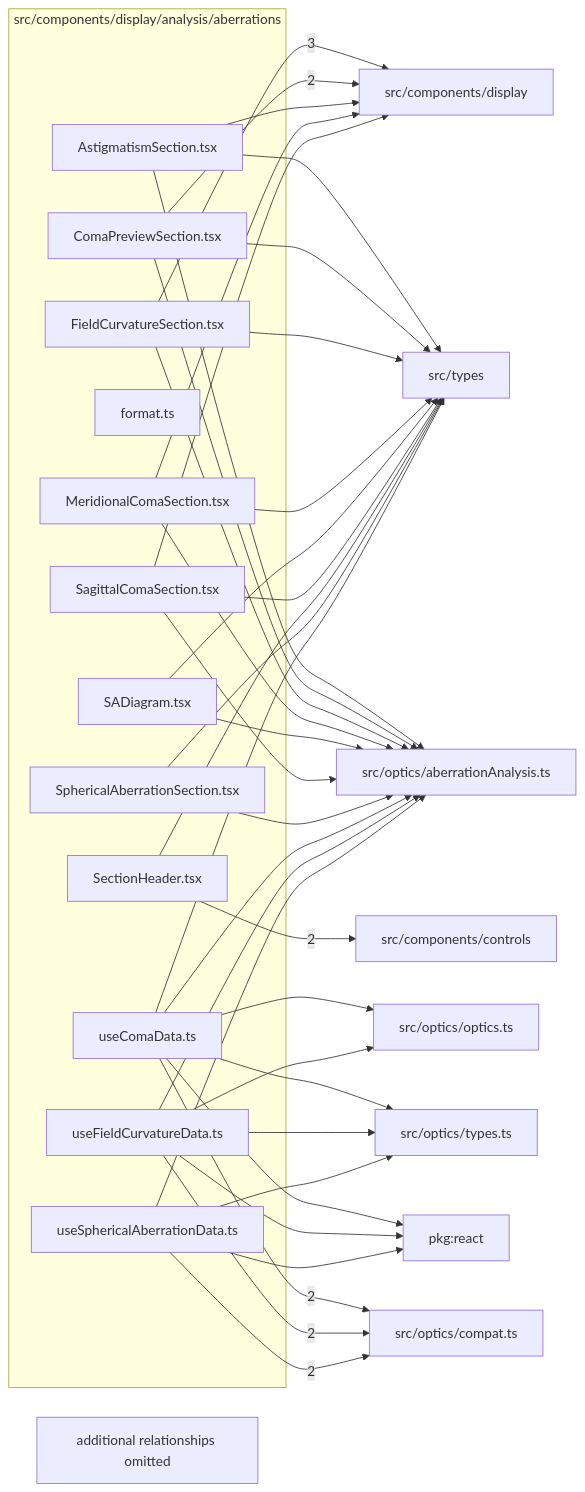
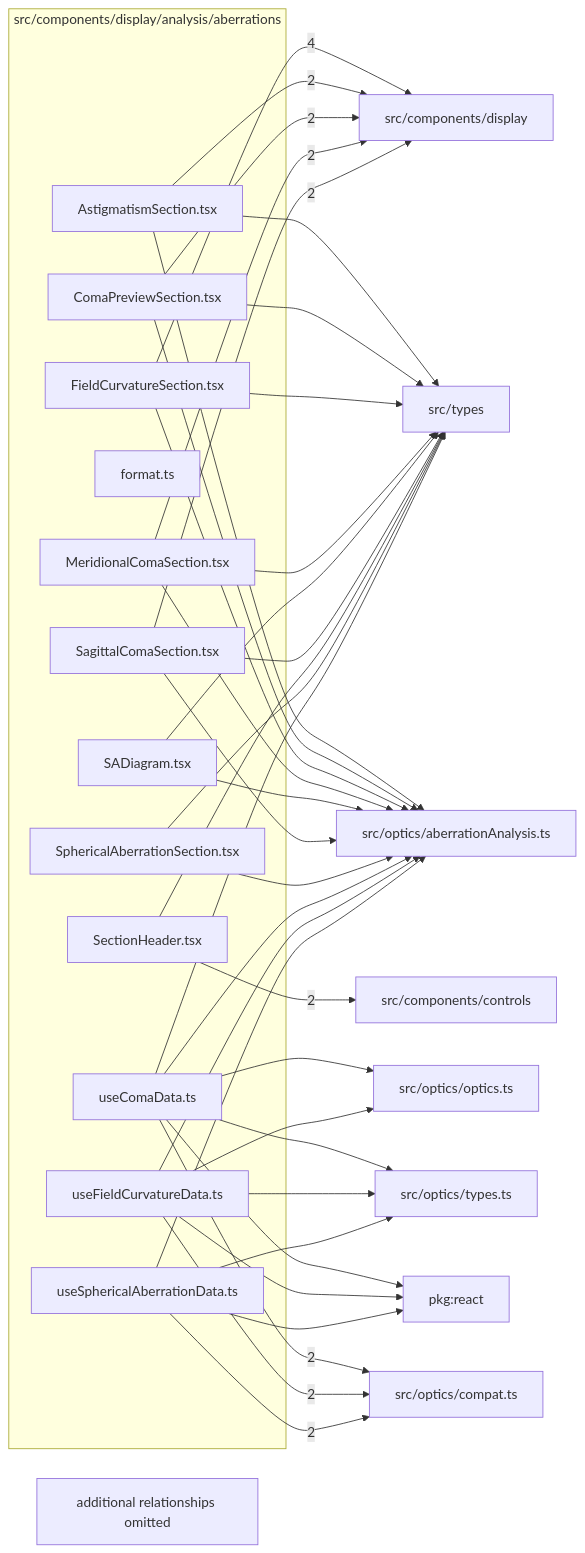
One commit to ronbuening/LensVisualizer changed the diagram in src/components/display/analysis/aberrations/readme.md. Above: the diagram before and after it, drawn with Mermaid. The commit also changed other lines of this file and 38 other files, not shown here.

````diff
--- a/src/components/display/analysis/aberrations/readme.md
+++ b/src/components/display/analysis/aberrations/readme.md
@@ -9,62 +9,62 @@
 ```mermaid
 flowchart LR
   subgraph n_src_components_display_analysis_aberrations["src/components/display/analysis/aberrations"]
     n_src_components_display_analysis_aberrations_src_components_display_analysis_aberrations_AstigmatismSection_tsx["AstigmatismSection.tsx"]
     n_src_components_display_analysis_aberrations_src_components_display_analysis_aberrations_ComaPreviewSection_tsx["ComaPreviewSection.tsx"]
     n_src_components_display_analysis_aberrations_src_components_display_analysis_aberrations_FieldCurvatureSection_tsx["FieldCurvatureSection.tsx"]
     n_src_components_display_analysis_aberrations_src_components_display_analysis_aberrations_format_ts["format.ts"]
     n_src_components_display_analysis_aberrations_src_components_display_analysis_aberrations_MeridionalComaSection_tsx["MeridionalComaSection.tsx"]
     n_src_components_display_analysis_aberrations_src_components_display_analysis_aberrations_SADiagram_tsx["SADiagram.tsx"]
     n_src_components_display_analysis_aberrations_src_components_display_analysis_aberrations_SagittalComaSection_tsx["SagittalComaSection.tsx"]
     n_src_components_display_analysis_aberrations_src_components_display_analysis_aberrations_SectionHeader_tsx["SectionHeader.tsx"]
     n_src_components_display_analysis_aberrations_src_components_display_analysis_aberrations_SphericalAberrationSection_tsx["SphericalAberrationSection.tsx"]
     n_src_components_display_analysis_aberrations_src_components_display_analysis_aberrations_useComaData_ts["useComaData.ts"]
     n_src_components_display_analysis_aberrations_src_components_display_analysis_aberrations_useFieldCurvatureData_ts["useFieldCurvatureData.ts"]
     n_src_components_display_analysis_aberrations_src_components_display_analysis_aberrations_useSphericalAberrationData_ts["useSphericalAberrationData.ts"]
   end
   n_external_src_components_display["src/components/display"]
   n_external_src_components_controls["src/components/controls"]
   n_external_src_optics_compat_ts["src/optics/compat.ts"]
   n_external_pkg_react["pkg:react"]
   n_external_src_optics_aberrationAnalysis_ts["src/optics/aberrationAnalysis.ts"]
   n_external_src_optics_optics_ts["src/optics/optics.ts"]
   n_external_src_optics_types_ts["src/optics/types.ts"]
   n_external_src_types["src/types"]
-  n_src_components_display_analysis_aberrations_src_components_display_analysis_aberrations_FieldCurvatureSection_tsx --> |3| n_external_src_components_display
+  n_src_components_display_analysis_aberrations_src_components_display_analysis_aberrations_FieldCurvatureSection_tsx --> |4| n_external_src_components_display
   n_src_components_display_analysis_aberrations_src_components_display_analysis_aberrations_SectionHeader_tsx --> |2| n_external_src_components_controls
+  n_src_components_display_analysis_aberrations_src_components_display_analysis_aberrations_AstigmatismSection_tsx --> |2| n_external_src_components_display
   n_src_components_display_analysis_aberrations_src_components_display_analysis_aberrations_ComaPreviewSection_tsx --> |2| n_external_src_components_display
+  n_src_components_display_analysis_aberrations_src_components_display_analysis_aberrations_MeridionalComaSection_tsx --> |2| n_external_src_components_display
+  n_src_components_display_analysis_aberrations_src_components_display_analysis_aberrations_SagittalComaSection_tsx --> |2| n_external_src_components_display
   n_src_components_display_analysis_aberrations_src_components_display_analysis_aberrations_useComaData_ts --> |2| n_external_src_optics_compat_ts
   n_src_components_display_analysis_aberrations_src_components_display_analysis_aberrations_useFieldCurvatureData_ts --> |2| n_external_src_optics_compat_ts
   n_src_components_display_analysis_aberrations_src_components_display_analysis_aberrations_useSphericalAberrationData_ts --> |2| n_external_src_optics_compat_ts
   n_src_components_display_analysis_aberrations_src_components_display_analysis_aberrations_useComaData_ts --> n_external_pkg_react
   n_src_components_display_analysis_aberrations_src_components_display_analysis_aberrations_useFieldCurvatureData_ts --> n_external_pkg_react
   n_src_components_display_analysis_aberrations_src_components_display_analysis_aberrations_useSphericalAberrationData_ts --> n_external_pkg_react
-  n_src_components_display_analysis_aberrations_src_components_display_analysis_aberrations_AstigmatismSection_tsx --> n_external_src_components_display
-  n_src_components_display_analysis_aberrations_src_components_display_analysis_aberrations_MeridionalComaSection_tsx --> n_external_src_components_display
-  n_src_components_display_analysis_aberrations_src_components_display_analysis_aberrations_SagittalComaSection_tsx --> n_external_src_components_display
   n_src_components_display_analysis_aberrations_src_components_display_analysis_aberrations_AstigmatismSection_tsx --> n_external_src_optics_aberrationAnalysis_ts
   n_src_components_display_analysis_aberrations_src_components_display_analysis_aberrations_ComaPreviewSection_tsx --> n_external_src_optics_aberrationAnalysis_ts
   n_src_components_display_analysis_aberrations_src_components_display_analysis_aberrations_FieldCurvatureSection_tsx --> n_external_src_optics_aberrationAnalysis_ts
   n_src_components_display_analysis_aberrations_src_components_display_analysis_aberrations_MeridionalComaSection_tsx --> n_external_src_optics_aberrationAnalysis_ts
   n_src_components_display_analysis_aberrations_src_components_display_analysis_aberrations_SADiagram_tsx --> n_external_src_optics_aberrationAnalysis_ts
   n_src_components_display_analysis_aberrations_src_components_display_analysis_aberrations_SagittalComaSection_tsx --> n_external_src_optics_aberrationAnalysis_ts
   n_src_components_display_analysis_aberrations_src_components_display_analysis_aberrations_SphericalAberrationSection_tsx --> n_external_src_optics_aberrationAnalysis_ts
   n_src_components_display_analysis_aberrations_src_components_display_analysis_aberrations_useComaData_ts --> n_external_src_optics_aberrationAnalysis_ts
   n_src_components_display_analysis_aberrations_src_components_display_analysis_aberrations_useFieldCurvatureData_ts --> n_external_src_optics_aberrationAnalysis_ts
   n_src_components_display_analysis_aberrations_src_components_display_analysis_aberrations_useSphericalAberrationData_ts --> n_external_src_optics_aberrationAnalysis_ts
   n_src_components_display_analysis_aberrations_src_components_display_analysis_aberrations_useComaData_ts --> n_external_src_optics_optics_ts
   n_src_components_display_analysis_aberrations_src_components_display_analysis_aberrations_useFieldCurvatureData_ts --> n_external_src_optics_optics_ts
   n_src_components_display_analysis_aberrations_src_components_display_analysis_aberrations_useComaData_ts --> n_external_src_optics_types_ts
   n_src_components_display_analysis_aberrations_src_components_display_analysis_aberrations_useFieldCurvatureData_ts --> n_external_src_optics_types_ts
   n_src_components_display_analysis_aberrations_src_components_display_analysis_aberrations_useSphericalAberrationData_ts --> n_external_src_optics_types_ts
   n_src_components_display_analysis_aberrations_src_components_display_analysis_aberrations_AstigmatismSection_tsx --> n_external_src_types
   n_src_components_display_analysis_aberrations_src_components_display_analysis_aberrations_ComaPreviewSection_tsx --> n_external_src_types
   n_src_components_display_analysis_aberrations_src_components_display_analysis_aberrations_FieldCurvatureSection_tsx --> n_external_src_types
   n_src_components_display_analysis_aberrations_src_components_display_analysis_aberrations_MeridionalComaSection_tsx --> n_external_src_types
   n_src_components_display_analysis_aberrations_src_components_display_analysis_aberrations_SADiagram_tsx --> n_external_src_types
   n_src_components_display_analysis_aberrations_src_components_display_analysis_aberrations_SagittalComaSection_tsx --> n_external_src_types
   n_src_components_display_analysis_aberrations_src_components_display_analysis_aberrations_SectionHeader_tsx --> n_external_src_types
   n_src_components_display_analysis_aberrations_src_components_display_analysis_aberrations_SphericalAberrationSection_tsx --> n_external_src_types
   n_src_components_display_analysis_aberrations_src_components_display_analysis_aberrations_useComaData_ts --> n_external_src_types
   n_src_components_display_analysis_aberrations_truncated["additional relationships omitted"]
 ```
````
